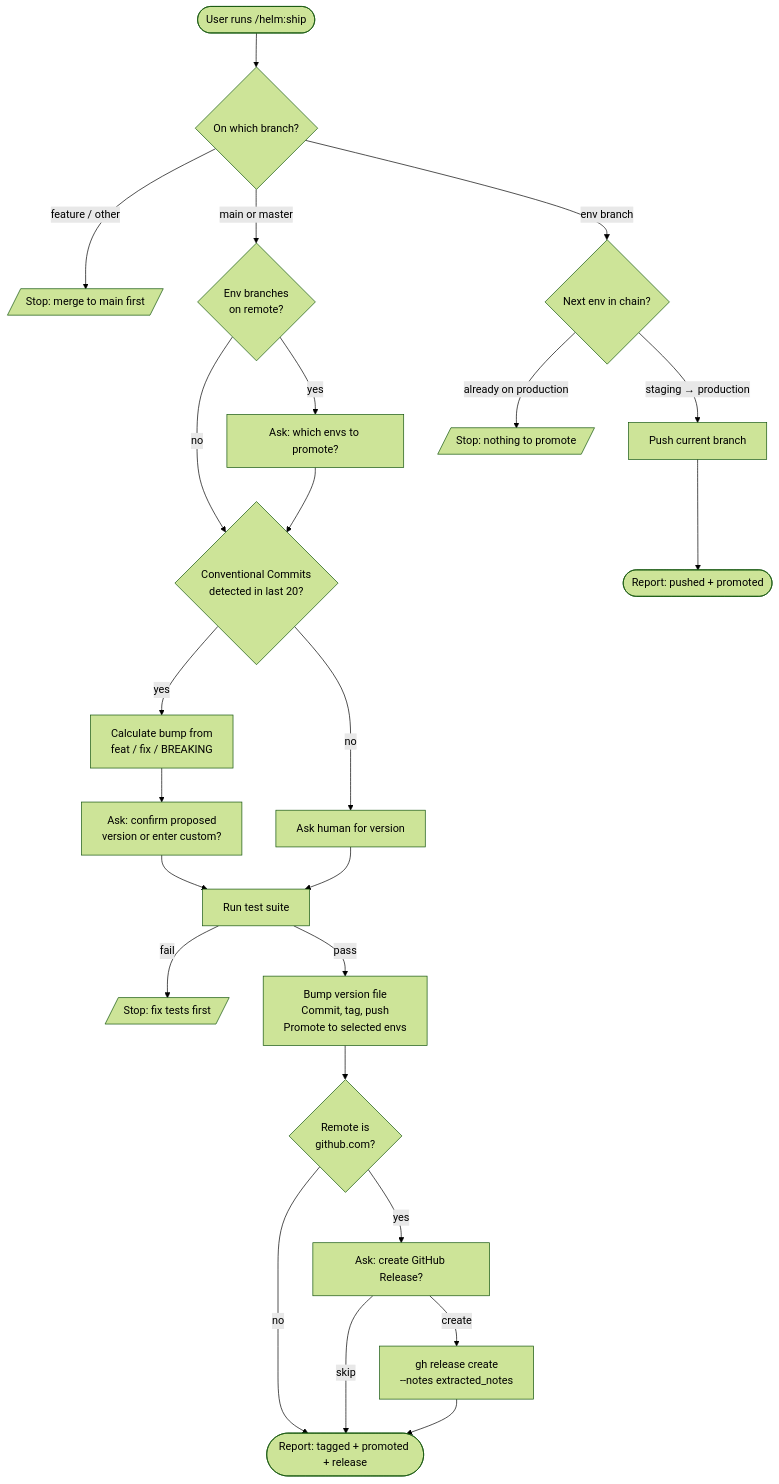
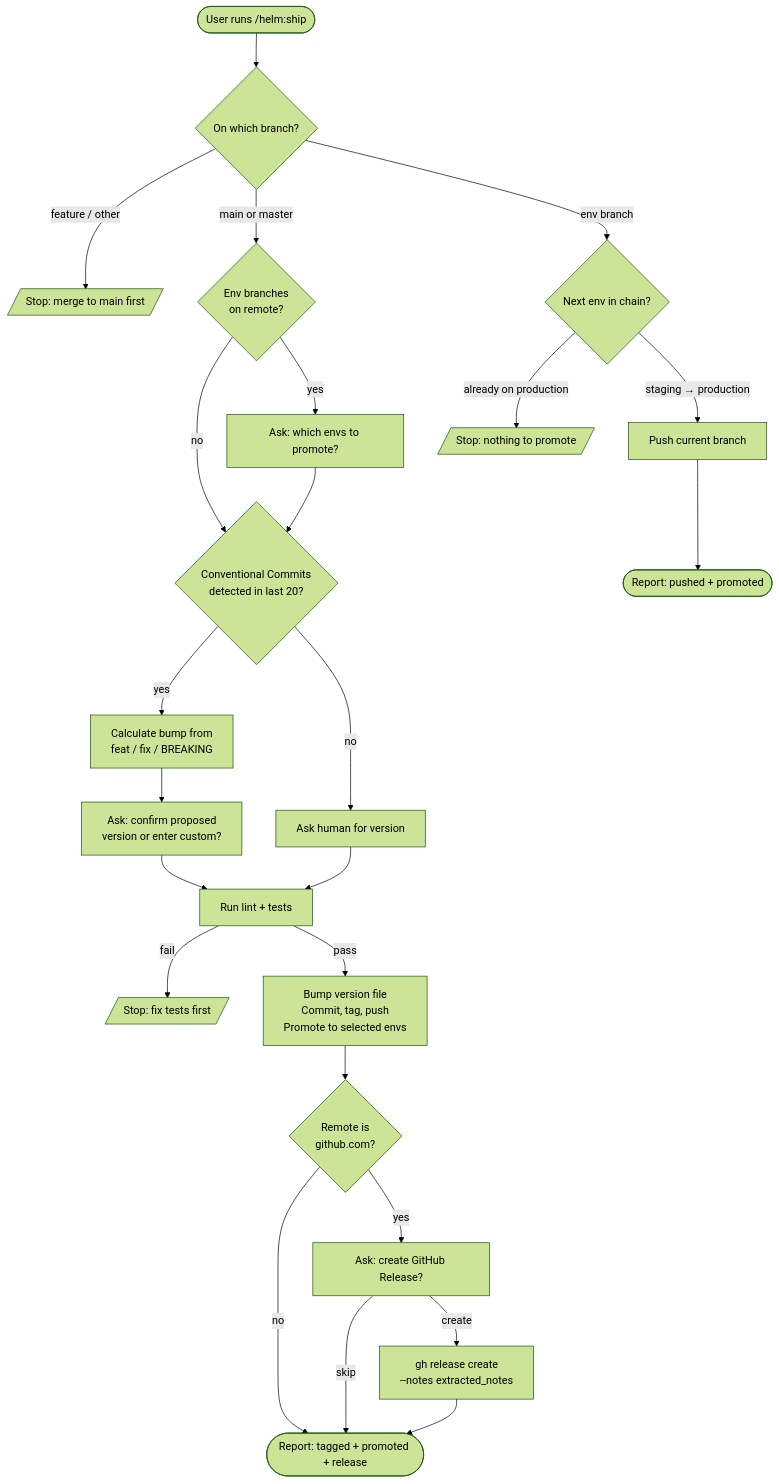
The diagram in docs/commands/ship.md (myowinthein/agent-helm), drawn with Mermaid (forest theme) before and after one commit. The commit also changed other lines of this file and 3 other files, not shown here.

````diff
--- a/docs/commands/ship.md
+++ b/docs/commands/ship.md
@@ -13,30 +13,30 @@
 ```mermaid
 flowchart TD
   Start([User runs /helm:ship]) --> Branch{On which branch?}
   Branch -->|feature / other| FeatStop[/Stop: merge to main first/]
   Branch -->|main or master| Targets{Env branches<br/>on remote?}
   Branch -->|env branch| EnvNext{Next env in chain?}
 
   Targets -->|yes| Pick[Ask: which envs to promote?]
   Targets -->|no| CC
   Pick --> CC{Conventional Commits<br/>detected in last 20?}
 
   CC -->|yes| Calc[Calculate bump from<br/>feat / fix / BREAKING]
   CC -->|no| AskVersion[Ask human for version]
   Calc --> Confirm[Ask: confirm proposed<br/>version or enter custom?]
   Confirm --> Tests
   AskVersion --> Tests
 
-  Tests[Run test suite] -->|fail| TestStop[/Stop: fix tests first/]
+  Tests[Run lint + tests] -->|fail| TestStop[/Stop: fix tests first/]
   Tests -->|pass| Release[Bump version file<br/>Commit, tag, push<br/>Promote to selected envs]
   Release --> GHCheck{Remote is<br/>github.com?}
   GHCheck -->|no| MainDone
   GHCheck -->|yes| GHConfirm[Ask: create GitHub Release?]
   GHConfirm -->|skip| MainDone
   GHConfirm -->|create| GHRelease[gh release create<br/>--notes extracted_notes]
   GHRelease --> MainDone([Report: tagged + promoted + release])
 
   EnvNext -->|staging → production| EnvPush[Push current branch]
   EnvNext -->|already on production| EnvStop[/Stop: nothing to promote/]
   EnvPush --> EnvDone([Report: pushed + promoted])
 ```
````
